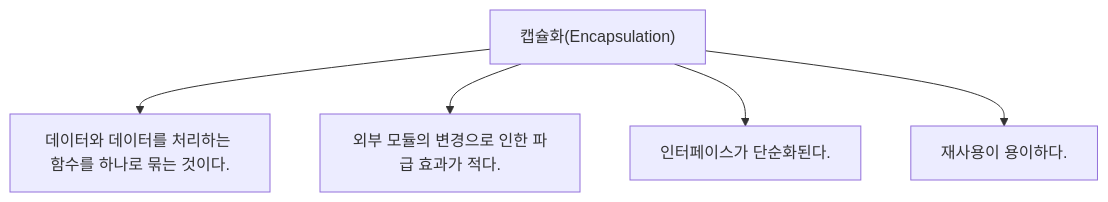
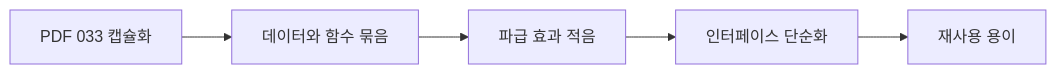
One commit to nes0903/study changed the second of 11 diagrams in 정보처리기사/1과목 소프트웨어 설계/033 캡슐화(Encapsulation)/033 캡슐화(Encapsulation).md. Above: the diagram before and after it, drawn with Mermaid. The commit also changed other lines of this file and 318 other files, not shown here.

````diff
--- a/정보처리기사/1과목 소프트웨어 설계/033 캡슐화(Encapsulation)/033 캡슐화(Encapsulation).md
+++ b/정보처리기사/1과목 소프트웨어 설계/033 캡슐화(Encapsulation)/033 캡슐화(Encapsulation).md
@@ -13,8 +38,8 @@
 ```mermaid
-flowchart TD
-    A["캡슐화(Encapsulation)"]
-    A --> N1["데이터와 데이터를 처리하는 함수를 하나로 묶는 것이다."]
-    A --> N2["외부 모듈의 변경으로 인한 파급 효과가 적다."]
-    A --> N3["인터페이스가 단순화된다."]
-    A --> N4["재사용이 용이하다."]
+flowchart LR
+    A["PDF 033 캡슐화"]
+    A --> B["데이터와 함수 묶음"]
+    B --> C["파급 효과 적음"]
+    C --> D["인터페이스 단순화"]
+    D --> E["재사용 용이"]
 ```
````
